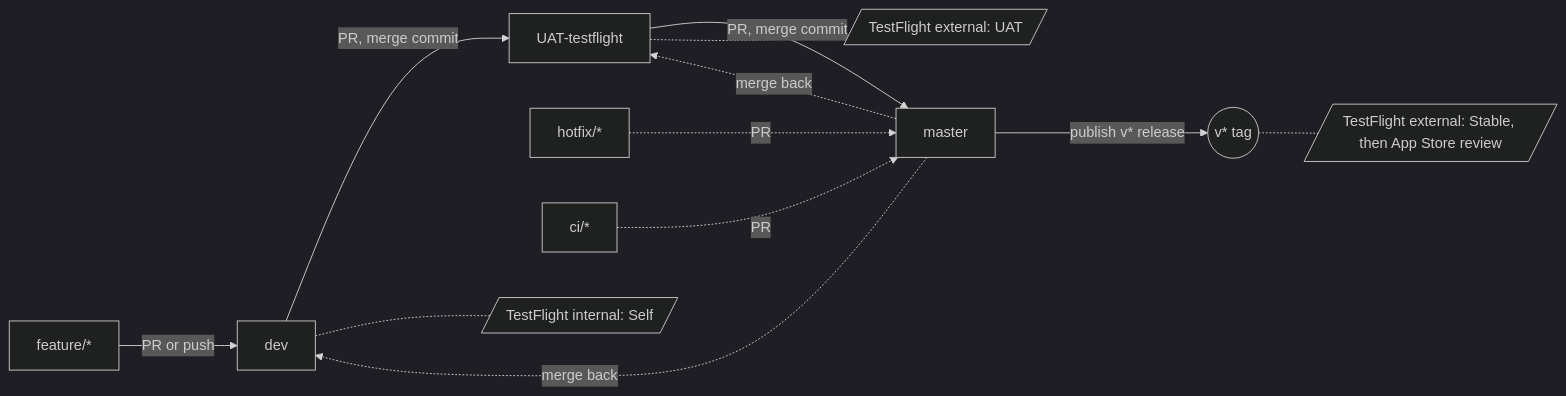
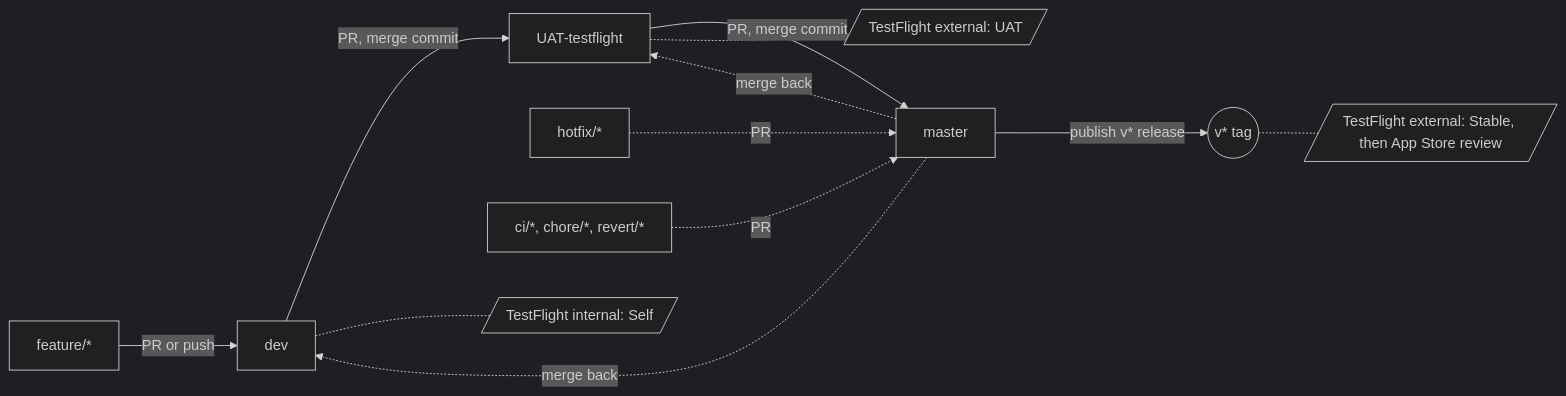
One commit to bradwils/studyApp changed the diagram in pipeline.md. Above: the diagram before and after it, drawn with Mermaid (dark theme). The commit also changed other lines of this file and 4 other files, not shown here.

````diff
--- a/pipeline.md
+++ b/pipeline.md
@@ -21,15 +21,15 @@
 ```mermaid
 flowchart LR
     F["feature/*"] -->|PR or push| D[dev]
     D -->|PR, merge commit| U[UAT-testflight]
     U -->|PR, merge commit| M[master]
     M -->|"publish v* release"| T(("v* tag"))
     H["hotfix/*"] -.->|PR| M
-    C["ci/*"] -.->|PR| M
+    C["ci/*, chore/*, revert/*"] -.->|PR| M
     M -.->|merge back| U
     M -.->|merge back| D
 
     D -.- DS[/"TestFlight internal: Self"/]
     U -.- US[/"TestFlight external: UAT"/]
     T -.- TS[/"TestFlight external: Stable, then App Store review"/]
 ```
````
